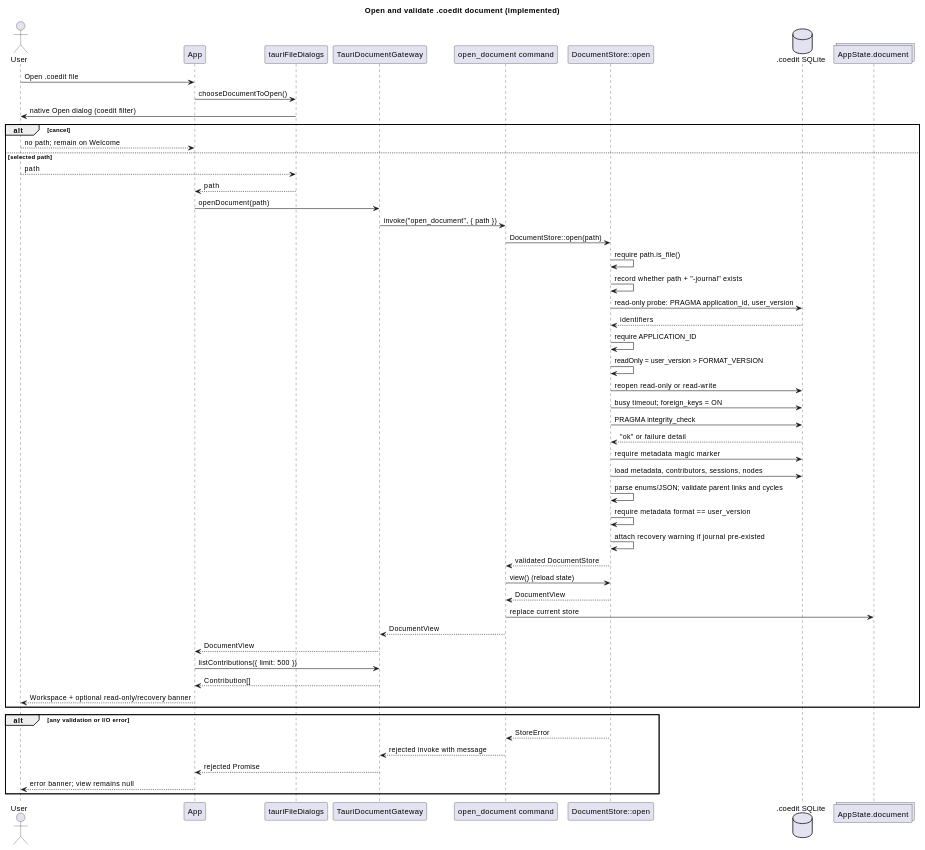
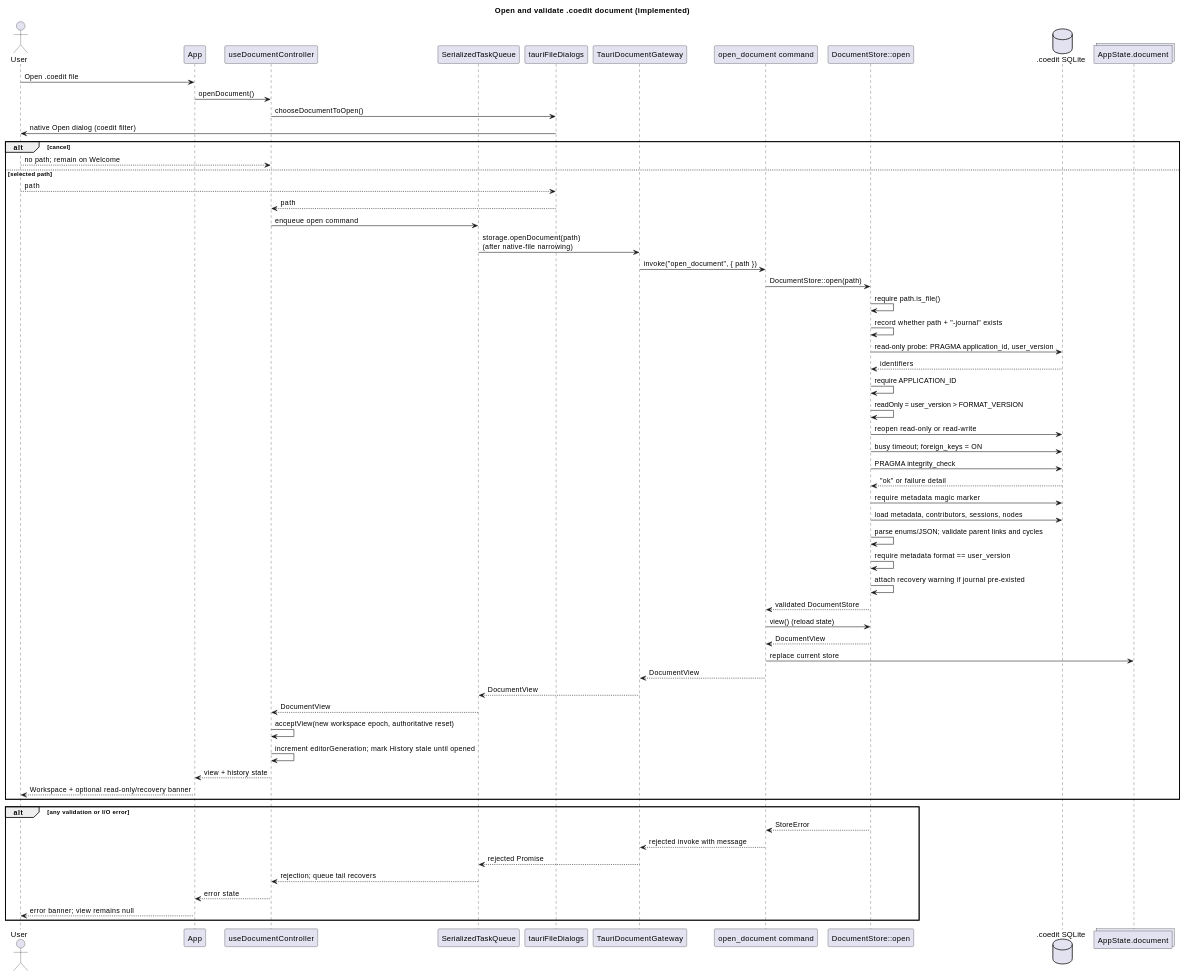
One commit to benoit-gl/coedit changed the fourth of 13 diagrams in docs/SEQUENCE_DIAGRAMS.md. Above: the diagram before and after it, drawn with PlantUML. The commit also changed other lines of this file and 44 other files, not shown here.

Commit message:
Architectural update (cleanup)

````diff
--- a/docs/SEQUENCE_DIAGRAMS.md
+++ b/docs/SEQUENCE_DIAGRAMS.md
@@ -169,57 +179,65 @@
 ```plantuml
 @startuml
 title Open and validate .coedit document (implemented)
 actor User
 participant "App" as App
+participant "useDocumentController" as Controller
+participant "SerializedTaskQueue" as Queue
 participant "tauriFileDialogs" as Dialogs
 participant "TauriDocumentGateway" as Gateway
 participant "open_document command" as Command
 participant "DocumentStore::open" as Store
 database ".coedit SQLite" as SQLite
 collections "AppState.document" as State
 
 User -> App : Open .coedit file
-App -> Dialogs : chooseDocumentToOpen()
+App -> Controller : openDocument()
+Controller -> Dialogs : chooseDocumentToOpen()
 Dialogs -> User : native Open dialog (coedit filter)
 alt cancel
-  User --> App : no path; remain on Welcome
+  User --> Controller : no path; remain on Welcome
 else selected path
   User --> Dialogs : path
-  Dialogs --> App : path
-  App -> Gateway : openDocument(path)
+  Dialogs --> Controller : path
+  Controller -> Queue : enqueue open command
+  Queue -> Gateway : storage.openDocument(path)\n(after native-file narrowing)
   Gateway -> Command : invoke("open_document", { path })
   Command -> Store : DocumentStore::open(path)
   Store -> Store : require path.is_file()
   Store -> Store : record whether path + "-journal" exists
   Store -> SQLite : read-only probe: PRAGMA application_id, user_version
   SQLite --> Store : identifiers
   Store -> Store : require APPLICATION_ID
   Store -> Store : readOnly = user_version > FORMAT_VERSION
   Store -> SQLite : reopen read-only or read-write
   Store -> SQLite : busy timeout; foreign_keys = ON
   Store -> SQLite : PRAGMA integrity_check
   SQLite --> Store : "ok" or failure detail
   Store -> SQLite : require metadata magic marker
   Store -> SQLite : load metadata, contributors, sessions, nodes
   Store -> Store : parse enums/JSON; validate parent links and cycles
   Store -> Store : require metadata format == user_version
   Store -> Store : attach recovery warning if journal pre-existed
   Store --> Command : validated DocumentStore
   Command -> Store : view() (reload state)
   Store --> Command : DocumentView
   Command -> State : replace current store
   Command --> Gateway : DocumentView
-  Gateway --> App : DocumentView
-  App -> Gateway : listContributions({ limit: 500 })
-  Gateway --> App : Contribution[]
+  Gateway --> Queue : DocumentView
+  Queue --> Controller : DocumentView
+  Controller -> Controller : acceptView(new workspace epoch, authoritative reset)
+  Controller -> Controller : increment editorGeneration; mark History stale until opened
+  Controller --> App : view + history state
   App --> User : Workspace + optional read-only/recovery banner
 end
 
 alt any validation or I/O error
   Store --> Command : StoreError
   Command --> Gateway : rejected invoke with message
-  Gateway --> App : rejected Promise
+  Gateway --> Queue : rejected Promise
+  Queue --> Controller : rejection; queue tail recovers
+  Controller --> App : error state
   App --> User : error banner; view remains null
 end
 @enduml
 ```
````
